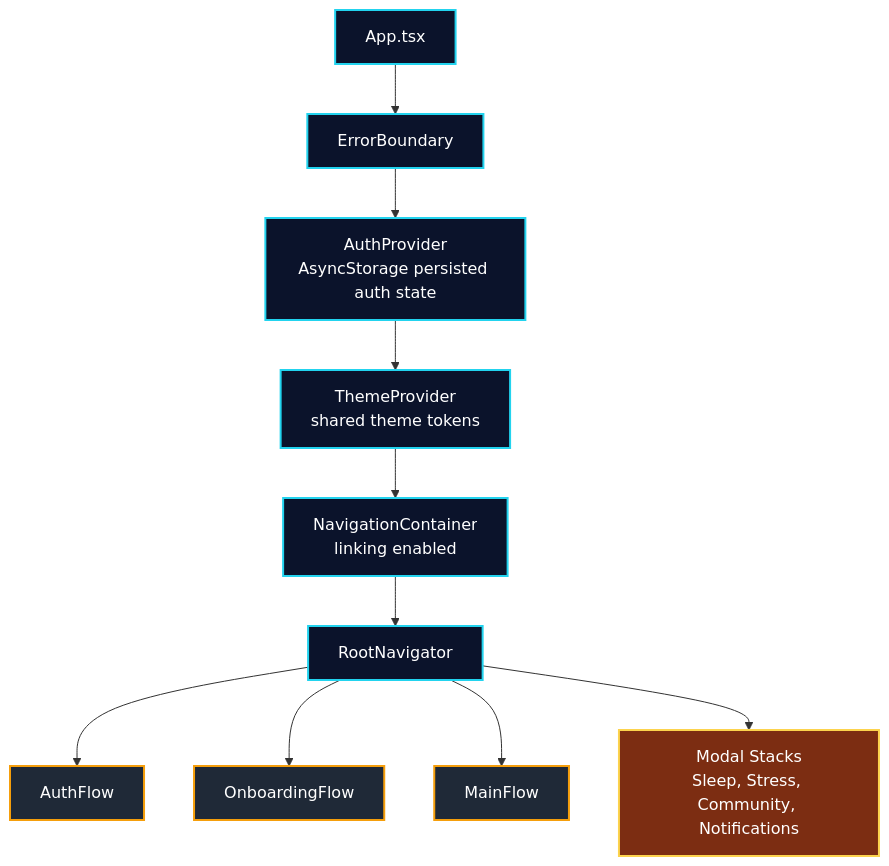
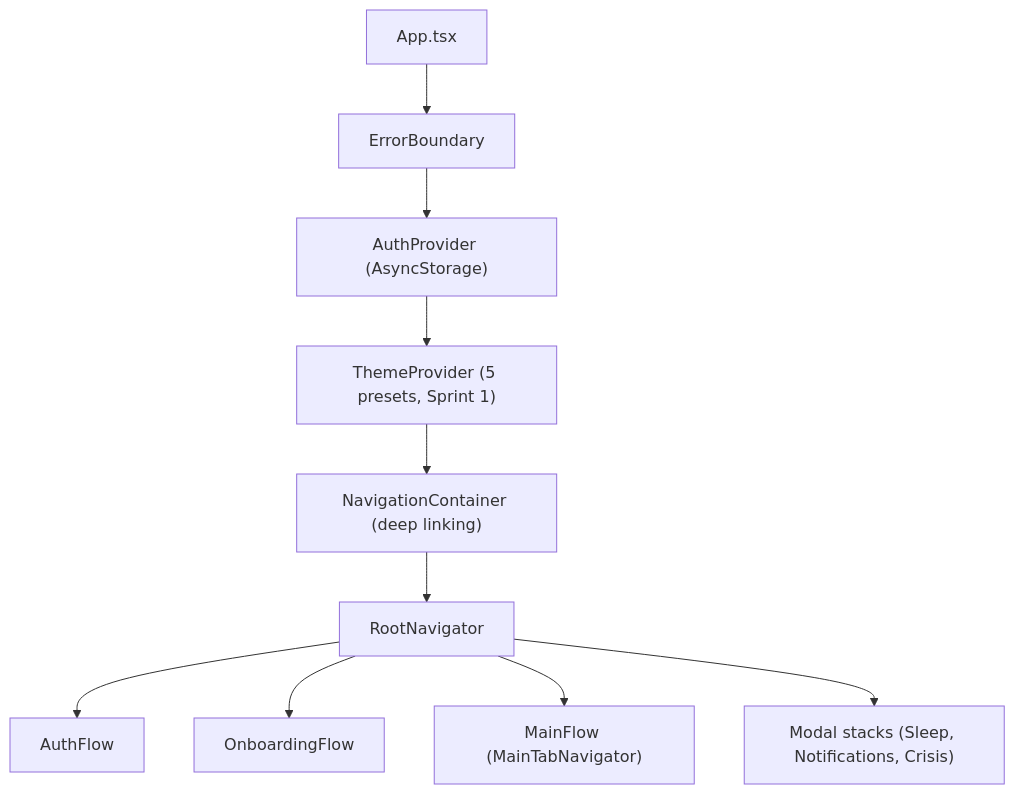
Before and after one commit to Rayyan9477/Solace-AI-Mobile: the diagram in PROJECT.md, drawn with Mermaid. The commit also changed other lines of this file and 5 other files, not shown here.

````diff
--- a/PROJECT.md
+++ b/PROJECT.md
@@ -238,20 +41,12 @@
 ```mermaid
 flowchart TD
-    App["App.tsx"] --> Boundary["ErrorBoundary"]
-    Boundary --> Auth["AuthProvider\nAsyncStorage persisted auth state"]
-    Auth --> Theme["ThemeProvider\nshared theme tokens"]
-    Theme --> Nav["NavigationContainer\nlinking enabled"]
+    App["App.tsx"] --> EB["ErrorBoundary"]
+    EB --> Auth["AuthProvider (AsyncStorage)"]
+    Auth --> Theme["ThemeProvider (5 presets, Sprint 1)"]
+    Theme --> Nav["NavigationContainer (deep linking)"]
     Nav --> Root["RootNavigator"]
-    Root --> AuthFlow["AuthFlow"]
-    Root --> OnboardingFlow["OnboardingFlow"]
-    Root --> MainFlow["MainFlow"]
-    Root --> Modals["Modal Stacks\nSleep, Stress, Community, Notifications"]
-
-    classDef core fill:#0B132B,stroke:#22D3EE,color:#FFFFFF,stroke-width:2px;
-    classDef flow fill:#1F2937,stroke:#F59E0B,color:#FFFFFF,stroke-width:2px;
-    classDef modal fill:#7C2D12,stroke:#FCD34D,color:#FFFFFF,stroke-width:2px;
-
-    class App,Boundary,Auth,Theme,Nav,Root core;
-    class AuthFlow,OnboardingFlow,MainFlow flow;
-    class Modals modal;
+    Root --> A["AuthFlow"]
+    Root --> O["OnboardingFlow"]
+    Root --> M["MainFlow (MainTabNavigator)"]
+    Root --> Modal["Modal stacks (Sleep, Notifications, Crisis)"]
 ```
````
